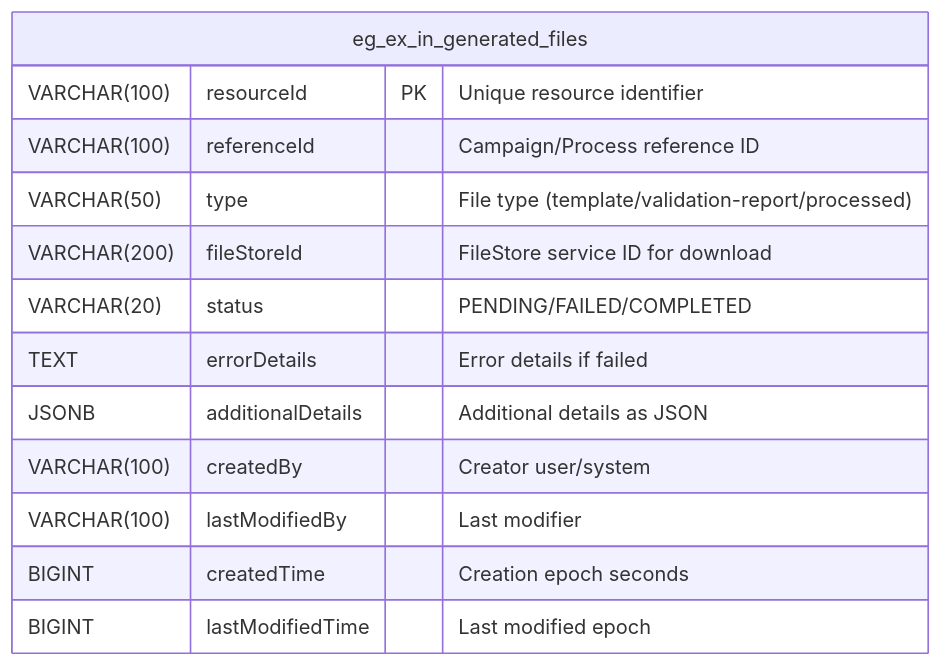
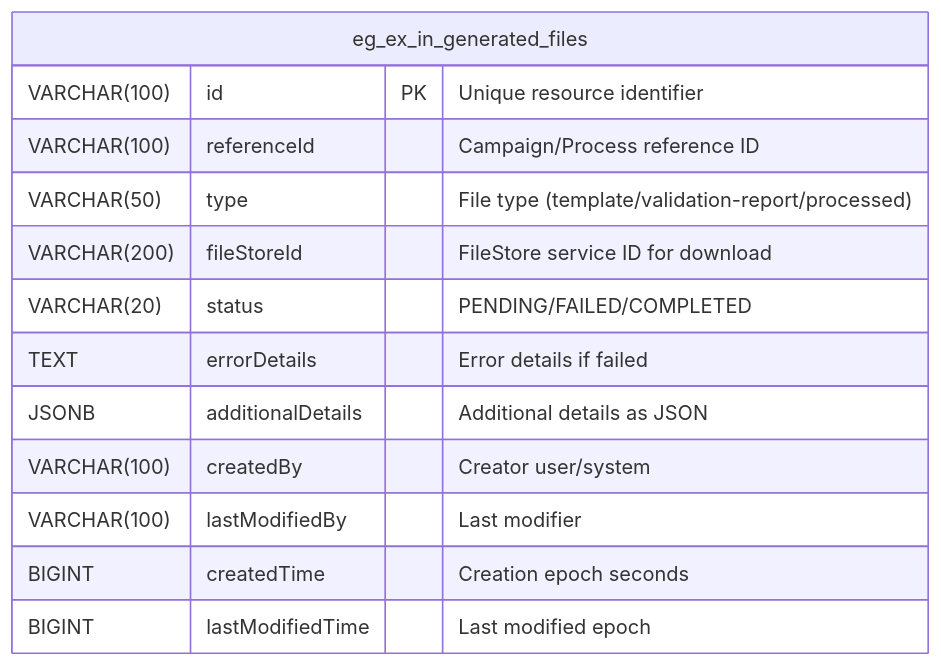
Before and after one commit to ashish-egov/campaign-whole-sheet-ingestion: the sixth of 7 diagrams in DESIGN.md, drawn with Mermaid. The commit also changed other lines of this file, not shown here.

````diff
--- a/DESIGN.md
+++ b/DESIGN.md
@@ -175,16 +175,16 @@
 ```mermaid
 erDiagram
     eg_ex_in_generated_files {
-        VARCHAR(100) resourceId PK "Unique resource identifier"
+        VARCHAR(100) id PK "Unique resource identifier"
         VARCHAR(100) referenceId "Campaign/Process reference ID"
         VARCHAR(50) type "File type (template/validation-report/processed)"
         VARCHAR(200) fileStoreId "FileStore service ID for download"
         VARCHAR(20) status "PENDING/FAILED/COMPLETED"
         TEXT errorDetails "Error details if failed"
         JSONB additionalDetails "Additional details as JSON"
         VARCHAR(100) createdBy "Creator user/system"
         VARCHAR(100) lastModifiedBy "Last modifier"
         BIGINT createdTime "Creation epoch seconds"
         BIGINT lastModifiedTime "Last modified epoch"
     }
 ```
````
